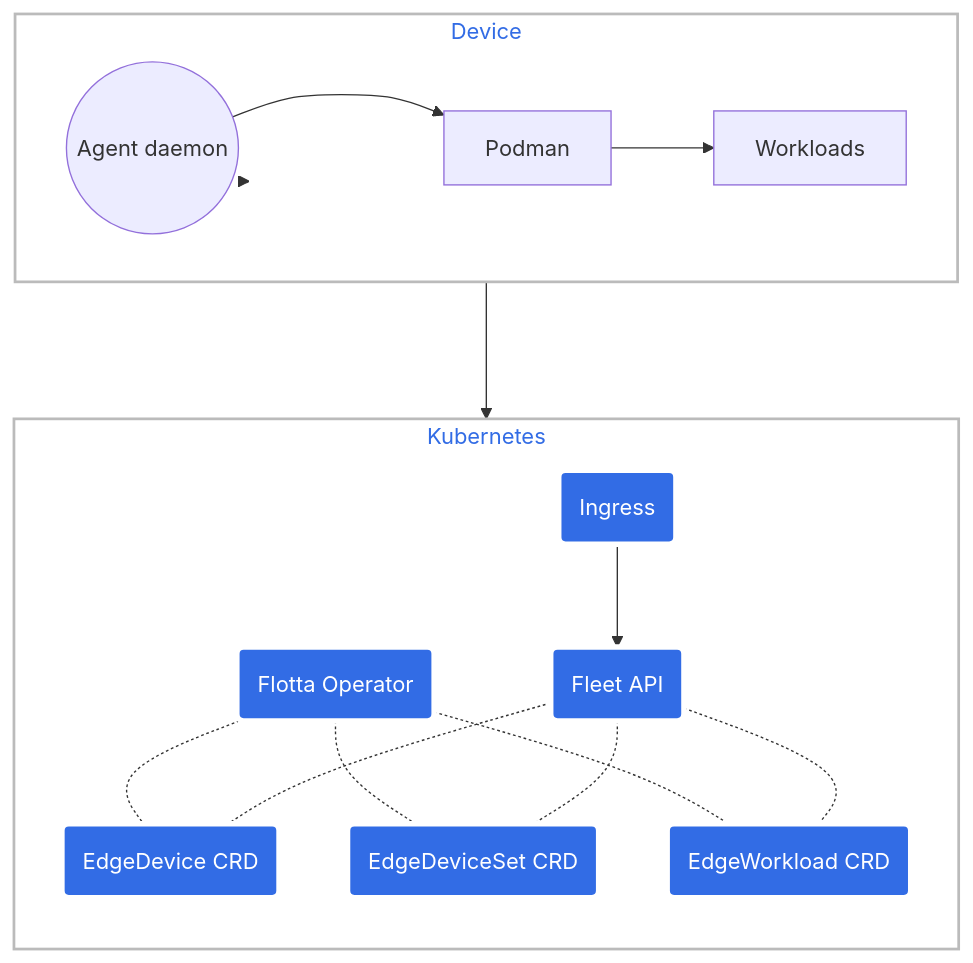
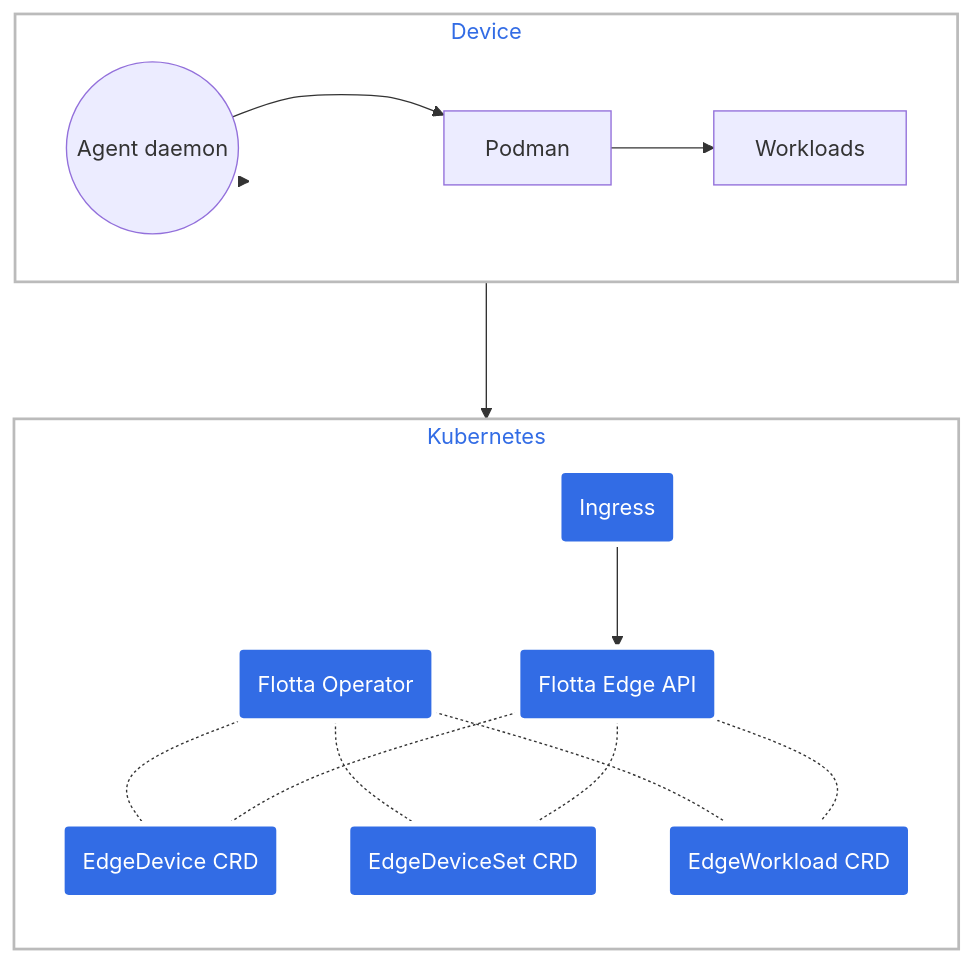
The diagram in documentation/latest/intro/overview.md (project-flotta/project-flotta.github.io), drawn with Mermaid before and after one commit. The commit also changed other lines of this file and 2 other files, not shown here.

Commit message:
Update site to use Flotta terminology

```diff
--- a/documentation/latest/intro/overview.md
+++ b/documentation/latest/intro/overview.md
@@ -19,34 +19,34 @@
 {% mermaid %}
 flowchart TB
   classDef plain fill:#ddd,stroke:#fff,stroke-width:4px,color:#000;
   classDef k8s fill:#326ce5,stroke:#fff,stroke-width:4px,color:#fff;
   classDef cluster fill:#fff,stroke:#bbb,stroke-width:2px,color:#326ce5;
 
   subgraph "Kubernetes"
     direction TB
     EdgeDevice(EdgeDevice CRD)
     EdgeDeviceSet(EdgeDeviceSet CRD)
     EdgeWorkload(EdgeWorkload CRD)
-    ing(Ingress) --> api(Fleet API)
+    ing(Ingress) --> api(Flotta Edge API)
     op(Flotta Operator)
 
     op -.- EdgeDevice
     op -.- EdgeDeviceSet
     op -.- EdgeWorkload
 
     api -.- EdgeDevice
     api -.- EdgeDeviceSet
     api -.- EdgeWorkload
   end
 
   class ing,op,api,EdgeDevice,EdgeDeviceSet,EdgeWorkload k8s;
   class kube cluster;
 
   subgraph Device
     direction LR;
     Agent((Agent daemon));
     Agent --> Podman --> Workloads;
   end
 
   Agent ---> Device ---> ing
 {% endmermaid%}
```
